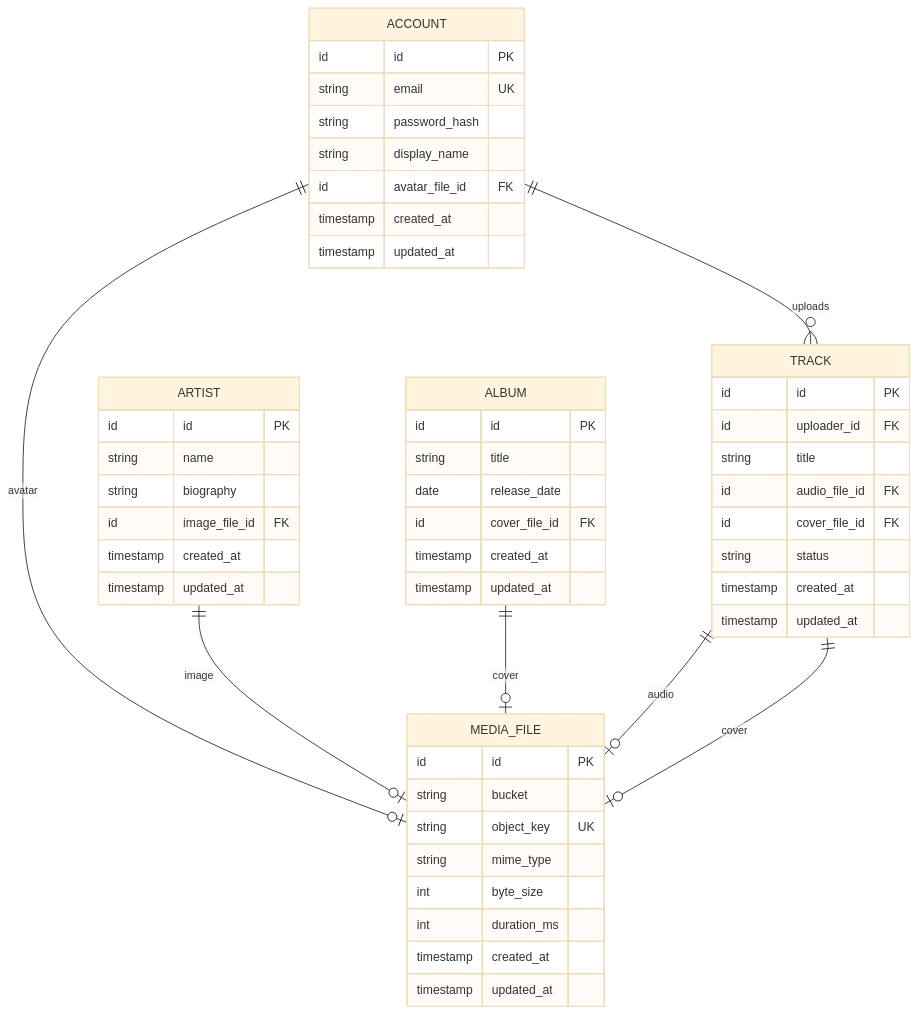
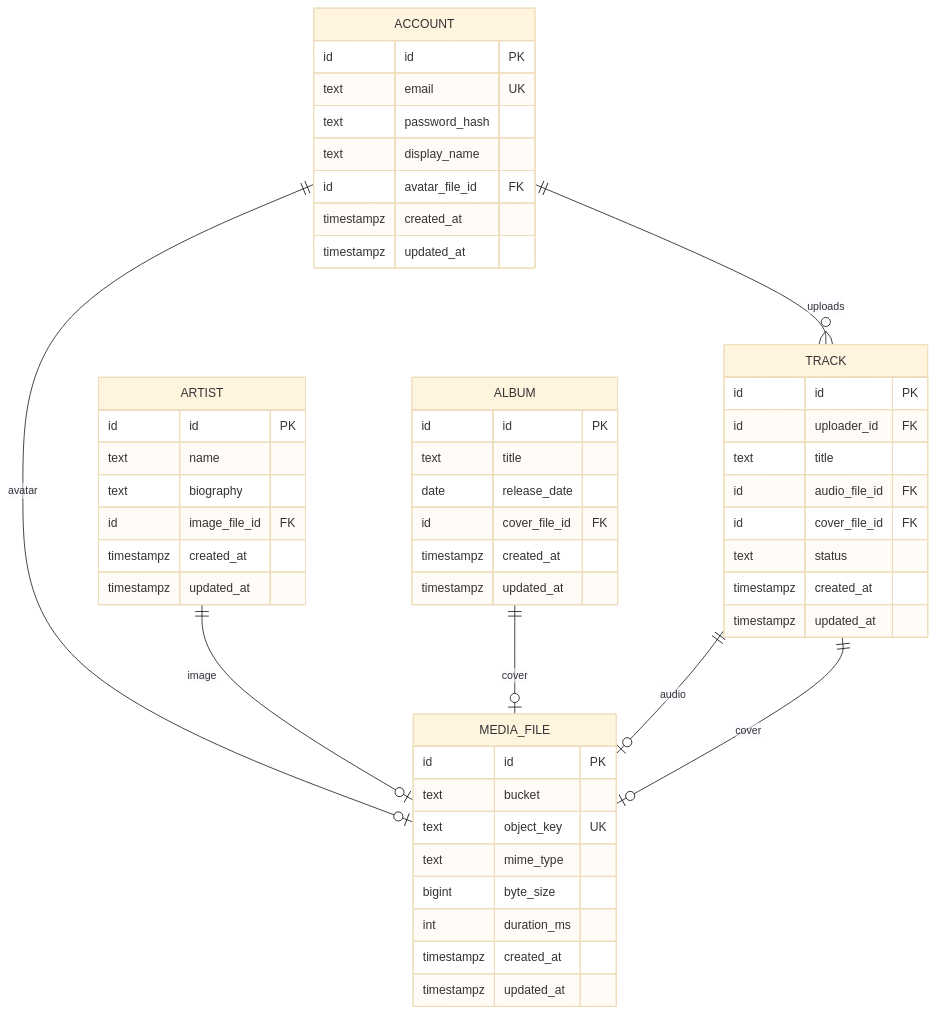
The first of 4 diagrams in db/normalized/er.md (go-park-mail-ru/2026_2_Na_Vse_200), drawn with Mermaid (base theme) before and after one commit. The commit also changed other lines of this file, not shown here.

Commit message:
Изменен тип string на text

````diff
--- a/db/normalized/er.md
+++ b/db/normalized/er.md
@@ -5,55 +5,55 @@
 ```mermaid
 erDiagram
     ACCOUNT {
         id id PK
-        string email UK
-        string password_hash
-        string display_name
+        text email UK
+        text password_hash
+        text display_name
         id avatar_file_id FK
-        timestamp created_at
-        timestamp updated_at
+        timestampz created_at
+        timestampz updated_at
     }
     MEDIA_FILE {
         id id PK
-        string bucket
-        string object_key UK
-        string mime_type
-        int byte_size
+        text bucket
+        text object_key UK
+        text mime_type
+        bigint byte_size
         int duration_ms
-        timestamp created_at
-        timestamp updated_at
+        timestampz created_at
+        timestampz updated_at
     }
     ARTIST {
         id id PK
-        string name
-        string biography
+        text name
+        text biography
         id image_file_id FK
-        timestamp created_at
-        timestamp updated_at
+        timestampz created_at
+        timestampz updated_at
     }
     ALBUM {
         id id PK
-        string title
+        text title
         date release_date
         id cover_file_id FK
-        timestamp created_at
-        timestamp updated_at
+        timestampz created_at
+        timestampz updated_at
     }
     TRACK {
         id id PK
         id uploader_id FK
-        string title
+        text title
         id audio_file_id FK
         id cover_file_id FK
-        string status
-        timestamp created_at
-        timestamp updated_at
+        text status
+        timestampz created_at
+        timestampz updated_at
     }
 
     ACCOUNT ||--o{ TRACK : "uploads"
     ACCOUNT ||--o| MEDIA_FILE : "avatar"
     ARTIST ||--o| MEDIA_FILE : "image"
     ALBUM ||--o| MEDIA_FILE : "cover"
     TRACK ||--o| MEDIA_FILE : "audio"
     TRACK ||--o| MEDIA_FILE : "cover"
 ```
````
